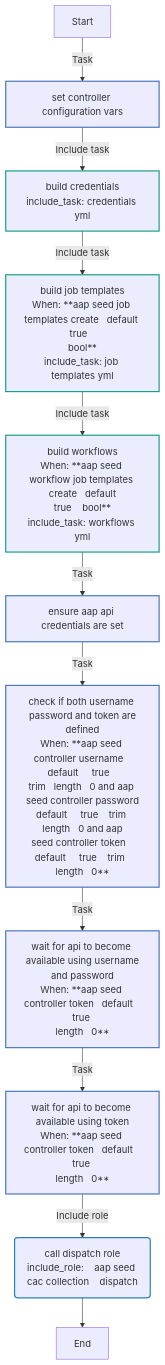
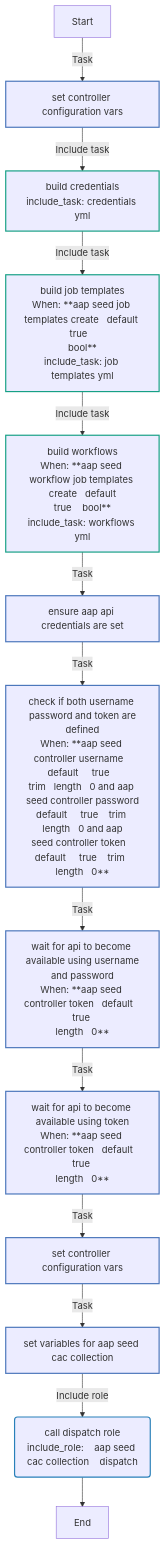
One commit to stevefulme1/openshift_virtualization_migration changed the seventh of 8 diagrams in roles/aap_seed/README.md. Above: the diagram before and after it, drawn with Mermaid. The commit also changed other lines of this file and 51 other files, not shown here.

````diff
--- a/roles/aap_seed/README.md
+++ b/roles/aap_seed/README.md
@@ -1297,23 +1301,25 @@
 ```mermaid
 flowchart TD
 Start
 classDef block stroke:#3498db,stroke-width:2px;
 classDef task stroke:#4b76bb,stroke-width:2px;
 classDef includeTasks stroke:#16a085,stroke-width:2px;
 classDef importTasks stroke:#34495e,stroke-width:2px;
 classDef includeRole stroke:#2980b9,stroke-width:2px;
 classDef importRole stroke:#699ba7,stroke-width:2px;
 classDef includeVars stroke:#8e44ad,stroke-width:2px;
 classDef rescue stroke:#665352,stroke-width:2px;
 
   Start-->|Task| Set_controller_configuration_vars0[set controller configuration vars]:::task
   Set_controller_configuration_vars0-->|Include task| Build_Credentials_credentials_yml_1[build credentials<br>include_task: credentials yml]:::includeTasks
   Build_Credentials_credentials_yml_1-->|Include task| Build_Job_Templates_job_templates_yml_2[build job templates<br>When: **aap seed job templates create   default true   <br>bool**<br>include_task: job templates yml]:::includeTasks
   Build_Job_Templates_job_templates_yml_2-->|Include task| Build_Workflows_workflows_yml_3[build workflows<br>When: **aap seed workflow job templates create   default<br>true    bool**<br>include_task: workflows yml]:::includeTasks
   Build_Workflows_workflows_yml_3-->|Task| Ensure_AAP_API_credentials_are_set4[ensure aap api credentials are set]:::task
   Ensure_AAP_API_credentials_are_set4-->|Task| Check_if_both_username_password_and_token_are_defined5[check if both username password and token are<br>defined<br>When: **aap seed controller username   default     true   <br>trim   length   0 and aap seed controller password<br>  default     true    trim   length   0 and aap<br>seed controller token   default     true    trim  <br>length   0**]:::task
   Check_if_both_username_password_and_token_are_defined5-->|Task| Wait_for_API_to_become_available_using_username_and_password6[wait for api to become available using username<br>and password<br>When: **aap seed controller token   default     true   <br>length   0**]:::task
   Wait_for_API_to_become_available_using_username_and_password6-->|Task| Wait_for_API_to_become_available_using_token7[wait for api to become available using token<br>When: **aap seed controller token   default     true   <br>length   0**]:::task
-  Wait_for_API_to_become_available_using_token7-->|Include role| Call_dispatch_role____aap_seed_cac_collection____dispatch_8(call dispatch role<br>include_role:    aap seed cac collection    dispatch):::includeRole
-  Call_dispatch_role____aap_seed_cac_collection____dispatch_8-->End
+  Wait_for_API_to_become_available_using_token7-->|Task| Set_controller_configuration_vars8[set controller configuration vars]:::task
+  Set_controller_configuration_vars8-->|Task| Set_variables_for_aap_seed_cac_collection9[set variables for aap seed cac collection]:::task
+  Set_variables_for_aap_seed_cac_collection9-->|Include role| Call_dispatch_role____aap_seed_cac_collection____dispatch_10(call dispatch role<br>include_role:    aap seed cac collection    dispatch):::includeRole
+  Call_dispatch_role____aap_seed_cac_collection____dispatch_10-->End
 ```
````
